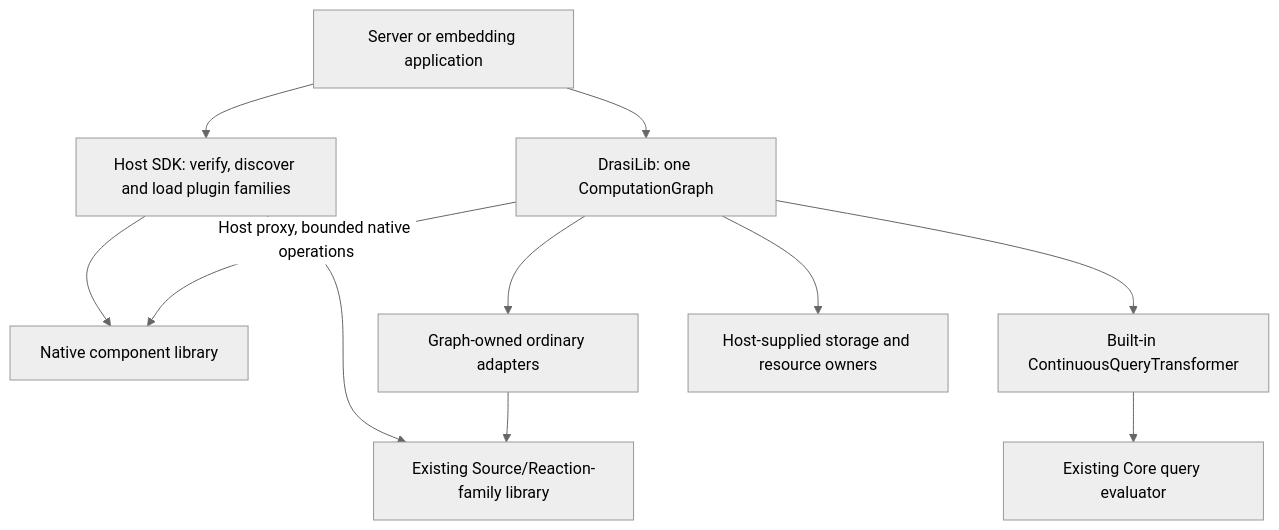
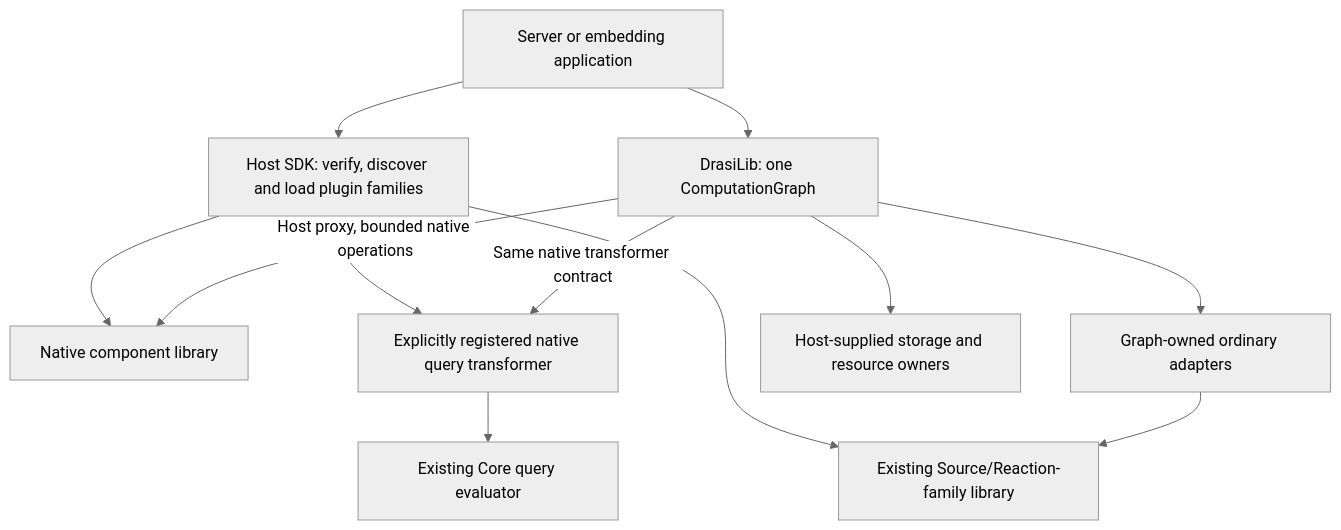
Before and after one commit to drasi-project/drasi-core: the diagram in components/plugin-architecture.md, drawn with Mermaid (neutral theme). The commit also changed other lines of this file and 453 other files, not shown here.

First line of the commit message:
feat!: integrate explicitly registered native query transformers

````diff
--- a/components/plugin-architecture.md
+++ b/components/plugin-architecture.md
@@ -63,23 +80,24 @@
 ```mermaid
 flowchart TD
     Application["Server or embedding application"]
     Registry["Host SDK: verify, discover and load plugin families"]
     Graph["DrasiLib: one ComputationGraph"]
     Native["Native component library"]
     Ordinary["Existing Source/Reaction-family library"]
     Adapters["Graph-owned ordinary adapters"]
-    Query["Built-in ContinuousQueryTransformer"]
+    Query["Explicitly registered native query transformer"]
     Engine["Existing Core query evaluator"]
     Providers["Host-supplied storage and resource owners"]
 
     Application --> Registry
     Application --> Graph
     Registry --> Native
+    Registry --> Query
     Registry --> Ordinary
     Graph -->|"Host proxy, bounded native operations"| Native
     Graph --> Adapters
     Adapters --> Ordinary
-    Graph --> Query
+    Graph -->|"Same native transformer contract"| Query
     Query --> Engine
     Graph --> Providers
 ```
````
